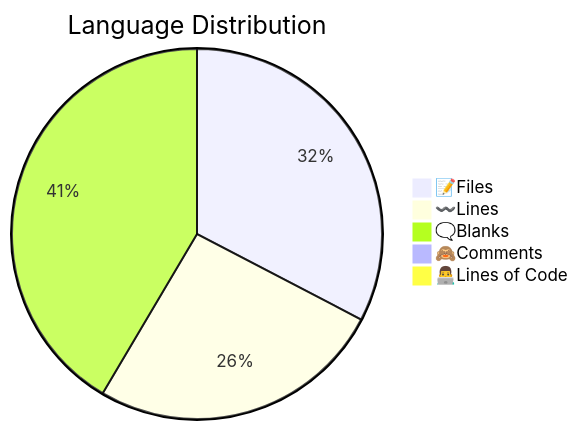
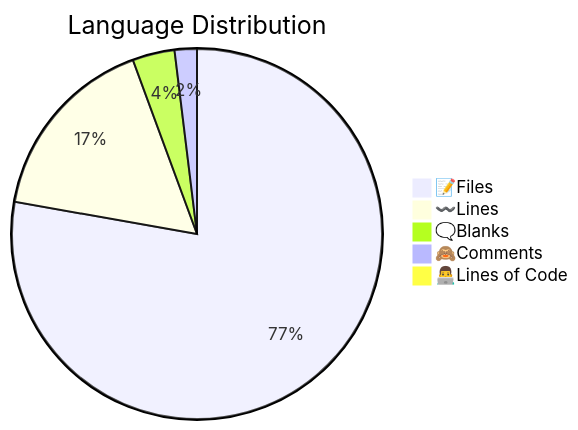
Before and after one commit to PyNetic/PyNetic: the diagram in .github/stats/Code Statistics.md, drawn with Mermaid. The commit also changed other lines of this file, not shown here.

````diff
--- a/.github/stats/Code Statistics.md
+++ b/.github/stats/Code Statistics.md
@@ -7,8 +7,8 @@
 ```mermaid  
 pie title Language Distribution  
-    "📝Files" : 70095  
-    "〰️Lines" : 55511  
-    "🗨️Blanks" : 89078  
-    "🙈Comments" : 911  
-    "👨‍💻Lines of Code" : 651  
+    "📝Files" : 1523  
+    "〰️Lines" : 325  
+    "🗨️Blanks" : 72  
+    "🙈Comments" : 38  
+    "👨‍💻Lines of Code" : 8  
 ```  
````
